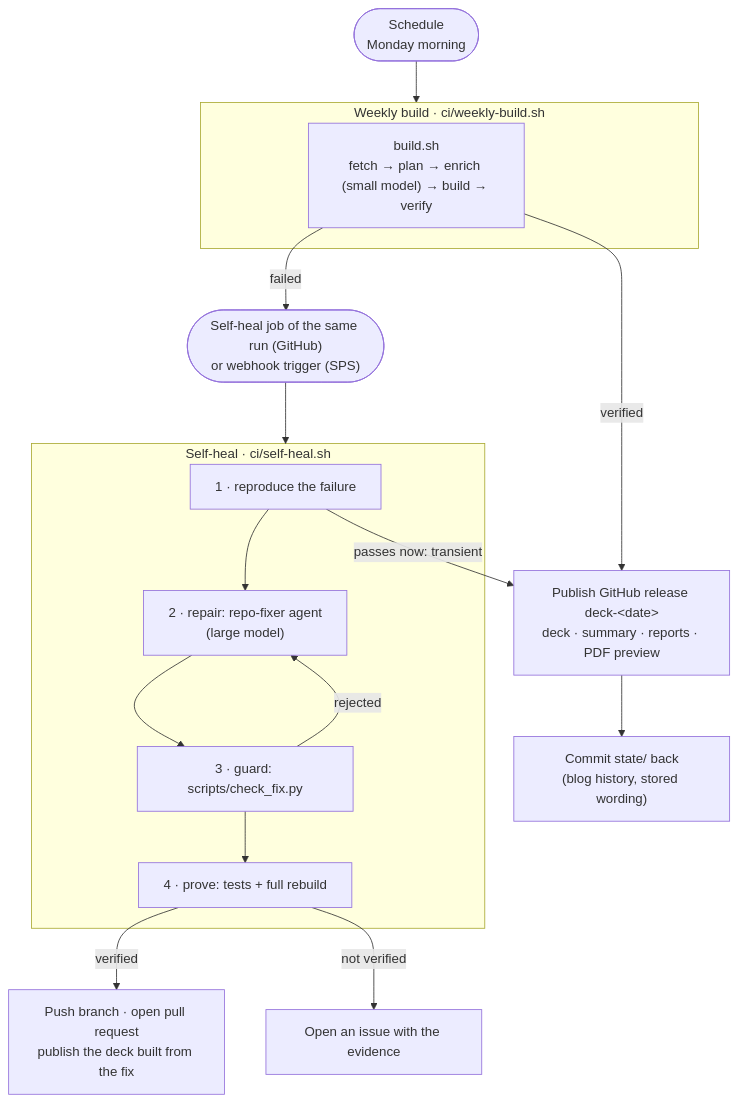
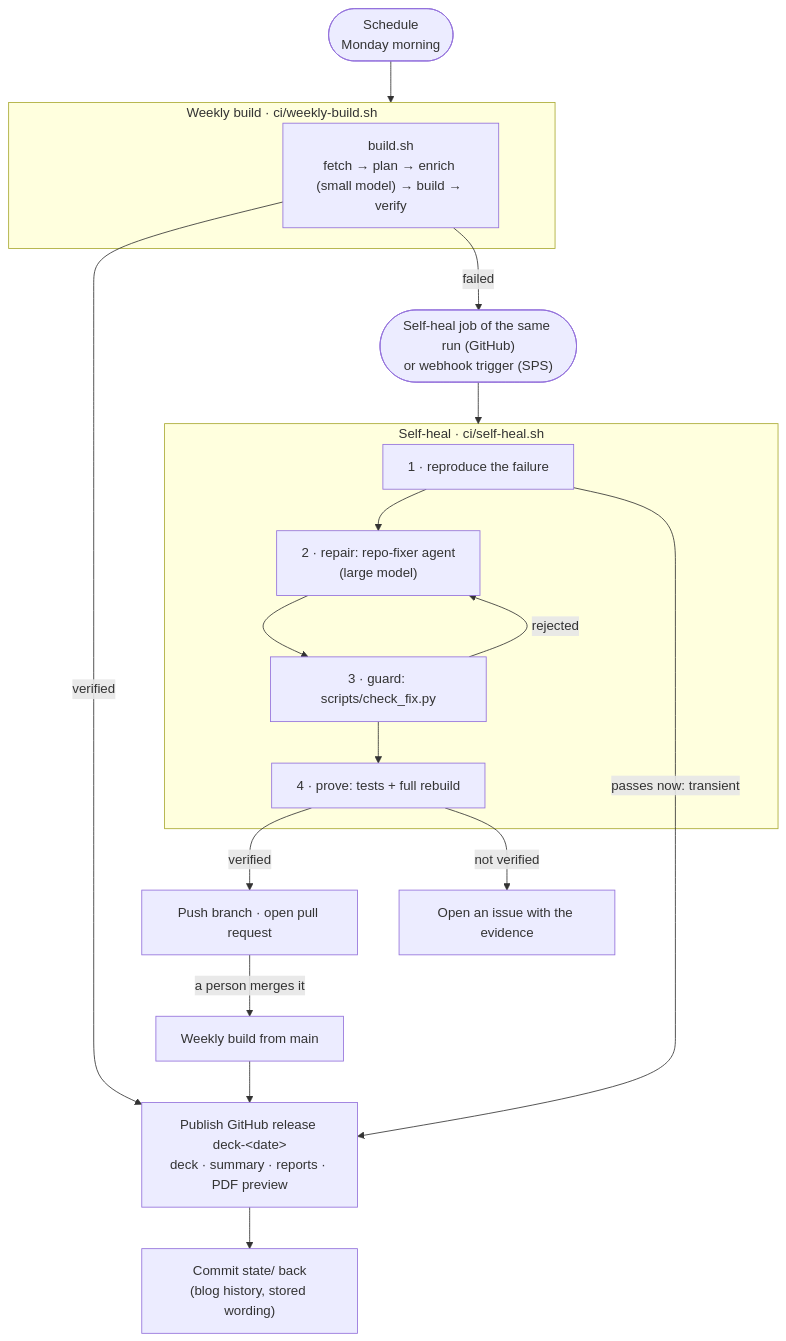
One commit to nikitastetskiy/agentic-clm changed the diagram in docs/pipelines.md. Above: the diagram before and after it, drawn with Mermaid. The commit also changed other lines of this file and 23 other files, not shown here.

````diff
--- a/docs/pipelines.md
+++ b/docs/pipelines.md
@@ -8,20 +8,22 @@
 ```mermaid
 flowchart TD
     T(["Schedule<br/>Monday morning"]) --> W
     subgraph W [Weekly build · ci/weekly-build.sh]
       W1["build.sh<br/>fetch → plan → enrich (small model) → build → verify"]
     end
     W1 -->|verified| P["Publish GitHub release deck-&lt;date&gt;<br/>deck · summary · reports · PDF preview"]
     P --> S["Commit state/ back<br/>(blog history, stored wording)"]
     W1 -->|failed| H(["Self-heal job of the same run (GitHub)<br/>or webhook trigger (SPS)"])
     H --> R
     subgraph R [Self-heal · ci/self-heal.sh]
       R1["1 · reproduce the failure"] --> R2["2 · repair: repo-fixer agent<br/>(large model)"]
       R2 --> R3["3 · guard: scripts/check_fix.py"]
       R3 --> R4["4 · prove: tests + full rebuild"]
     end
     R1 -->|passes now: transient| P
-    R4 -->|verified| PR["Push branch · open pull request<br/>publish the deck built from the fix"]
+    R4 -->|verified| PR["Push branch · open pull request"]
+    PR -->|a person merges it| M["Weekly build from main"]
+    M --> P
     R3 -->|rejected| R2
     R4 -->|not verified| I["Open an issue with the evidence"]
 ```
````
